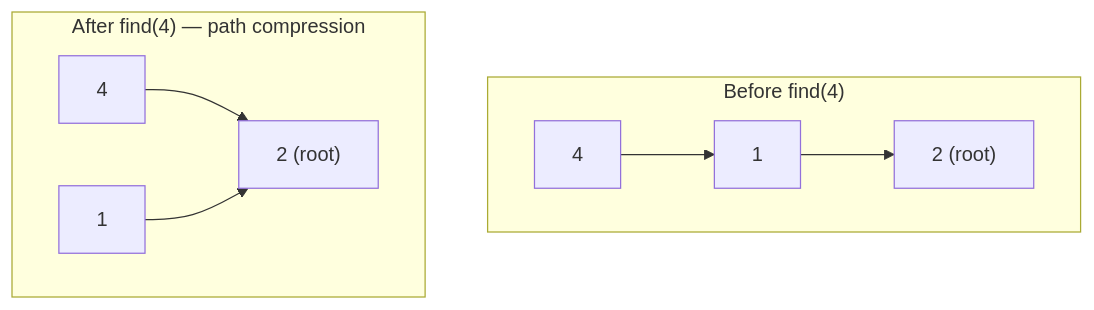
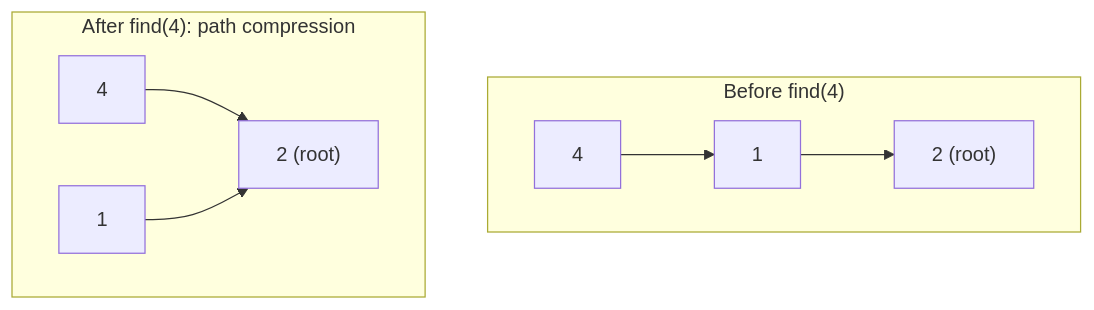
The sixth of 6 diagrams in content/interview/interview-prep-coding-patterns.md (josuebrunel/josuebrunel.github.io), drawn with Mermaid before and after one commit. The commit also changed other lines of this file and 6 other files, not shown here.

````diff
--- a/content/interview/interview-prep-coding-patterns.md
+++ b/content/interview/interview-prep-coding-patterns.md
@@ -510,11 +592,11 @@
 ```mermaid
 graph TD
     subgraph "Before find(4)"
     P4["4"] --> P1["1"]
     P1 --> P2["2 (root)"]
     end
-    subgraph "After find(4) — path compression"
+    subgraph "After find(4): path compression"
     Q4["4"] --> Q2["2 (root)"]
     Q1["1"] --> Q2
     end
 ```
````
